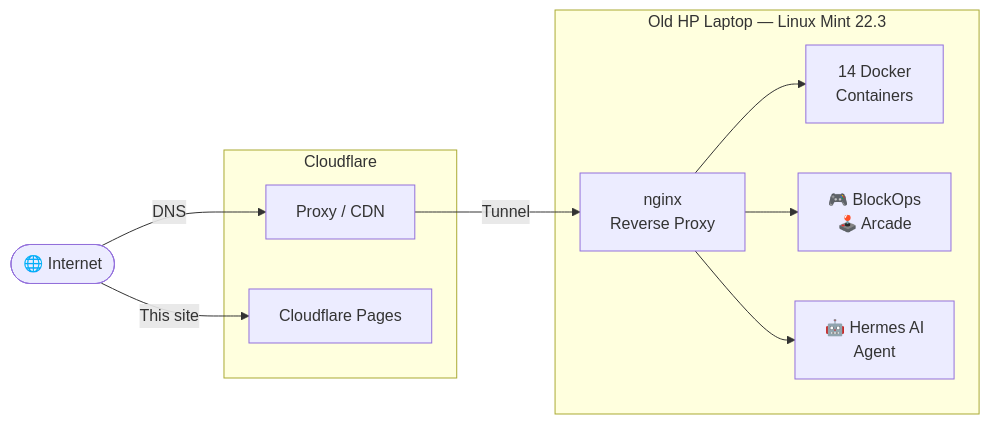
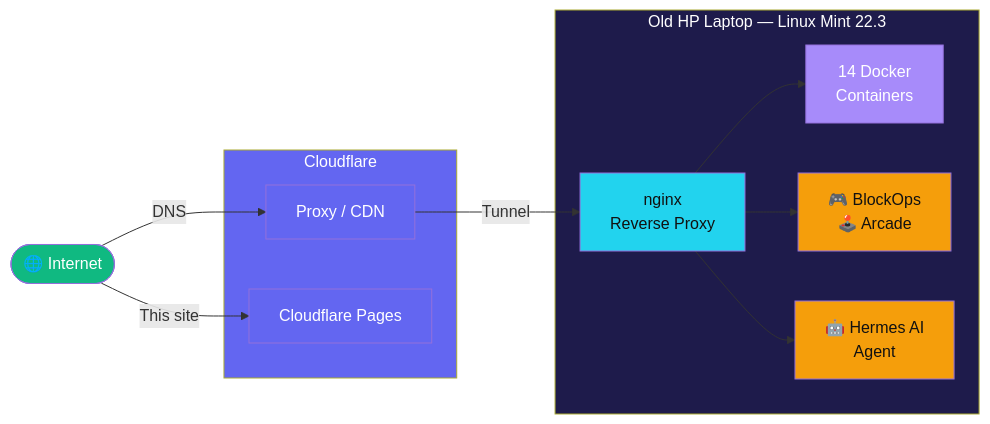
One commit to kamalcr7/server-docs-public changed the diagram in docs/index.md. Above: the diagram before and after it, drawn with Mermaid. The commit also changed other lines of this file and 1 other file, not shown here.

Commit message:
Fix RAM 12GB + all Mermaid graphs: explicit styles for readability
- index.md: RAM stat 11→12GB, added mermaid styles
- tech-stack.md: RAM 11→12GB
- extra.css: Mermaid subtitle/edge label color fix

````diff
--- a/docs/index.md
+++ b/docs/index.md
@@ -26,23 +26,33 @@
 ```mermaid
 flowchart LR
     Internet([🌐 Internet])
     
     subgraph Cloudflare [Cloudflare]
         CF[Proxy / CDN]
         Pages[Cloudflare Pages]
     end
     
     subgraph Server ["Old HP Laptop — Linux Mint 22.3"]
         Nginx[nginx<br/>Reverse Proxy]
         Containers[14 Docker<br/>Containers]
         Games[🎮 BlockOps<br/>🕹️ Arcade]
         Hermes[🤖 Hermes AI<br/>Agent]
     end
     
     Internet -->|DNS| CF
     CF -->|Tunnel| Nginx
     Nginx --> Containers
     Nginx --> Games
     Nginx --> Hermes
     Internet -->|This site| Pages
+    
+    style Internet fill:#10b981,color:#fff
+    style Cloudflare fill:#6366f1,color:#fff
+    style CF fill:#6366f1,color:#fff
+    style Pages fill:#6366f1,color:#fff
+    style Server fill:#1e1b4b,color:#fff
+    style Nginx fill:#22d3ee,color:#111
+    style Containers fill:#a78bfa,color:#fff
+    style Games fill:#f59e0b,color:#111
+    style Hermes fill:#f59e0b,color:#111
 ```
````
